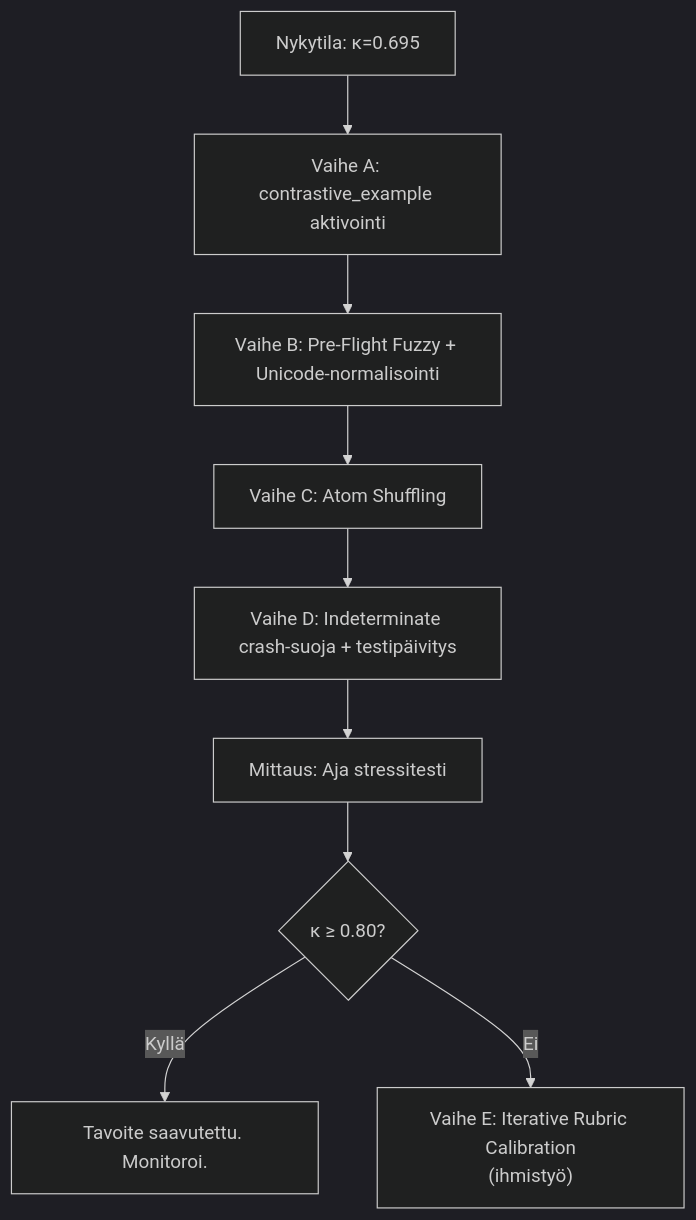
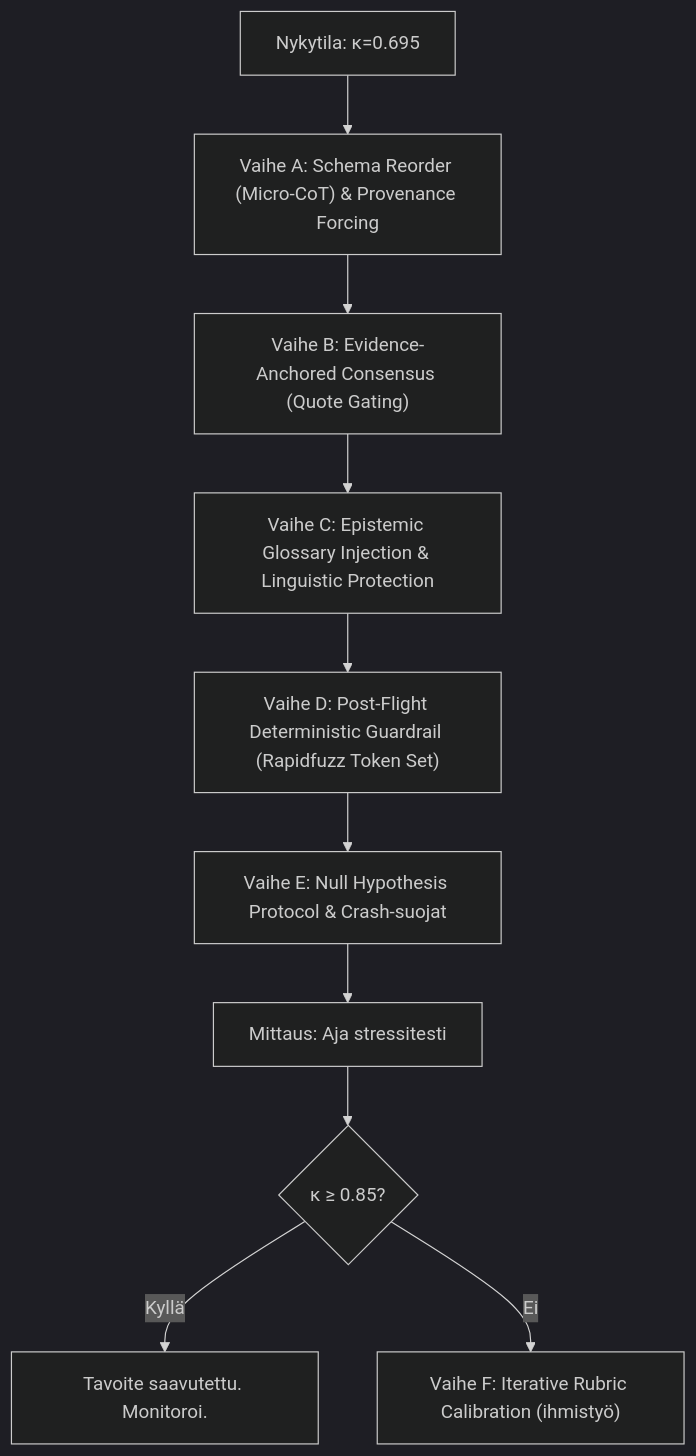
One commit to launis/quorum changed the diagram in docs/epic/system2_variance_analysis_final_interventions.md. Above: the diagram before and after it, drawn with Mermaid (dark theme). The commit also changed other lines of this file and 44 other files, not shown here.

````diff
--- a/docs/epic/system2_variance_analysis_final_interventions.md
+++ b/docs/epic/system2_variance_analysis_final_interventions.md
@@ -238,11 +460,12 @@
 ```mermaid
 graph TD
-    A["Nykytila: κ=0.695"] --> B["Vaihe A: contrastive_example aktivointi"]
-    B --> C["Vaihe B: Pre-Flight Fuzzy + Unicode-normalisointi"]
-    C --> D["Vaihe C: Atom Shuffling"]
-    D --> E["Vaihe D: Indeterminate crash-suoja + testipäivitys"]
-    E --> F["Mittaus: Aja stressitesti"]
-    F --> G{"κ ≥ 0.80?"}
-    G -->|Kyllä| H["Tavoite saavutettu. Monitoroi."]
-    G -->|Ei| I["Vaihe E: Iterative Rubric Calibration\n(ihmistyö)"]
+    A["Nykytila: κ=0.695"] --> B["Vaihe A: Schema Reorder (Micro-CoT) & Provenance Forcing"]
+    B --> C["Vaihe B: Evidence-Anchored Consensus (Quote Gating)"]
+    C --> D["Vaihe C: Epistemic Glossary Injection & Linguistic Protection"]
+    D --> E["Vaihe D: Post-Flight Deterministic Guardrail (Rapidfuzz Token Set)"]
+    E --> F["Vaihe E: Null Hypothesis Protocol & Crash-suojat"]
+    F --> G["Mittaus: Aja stressitesti"]
+    G --> H{"κ ≥ 0.85?"}
+    H -->|Kyllä| I["Tavoite saavutettu. Monitoroi."]
+    H -->|Ei| J["Vaihe F: Iterative Rubric Calibration (ihmistyö)"]
 ```
````
